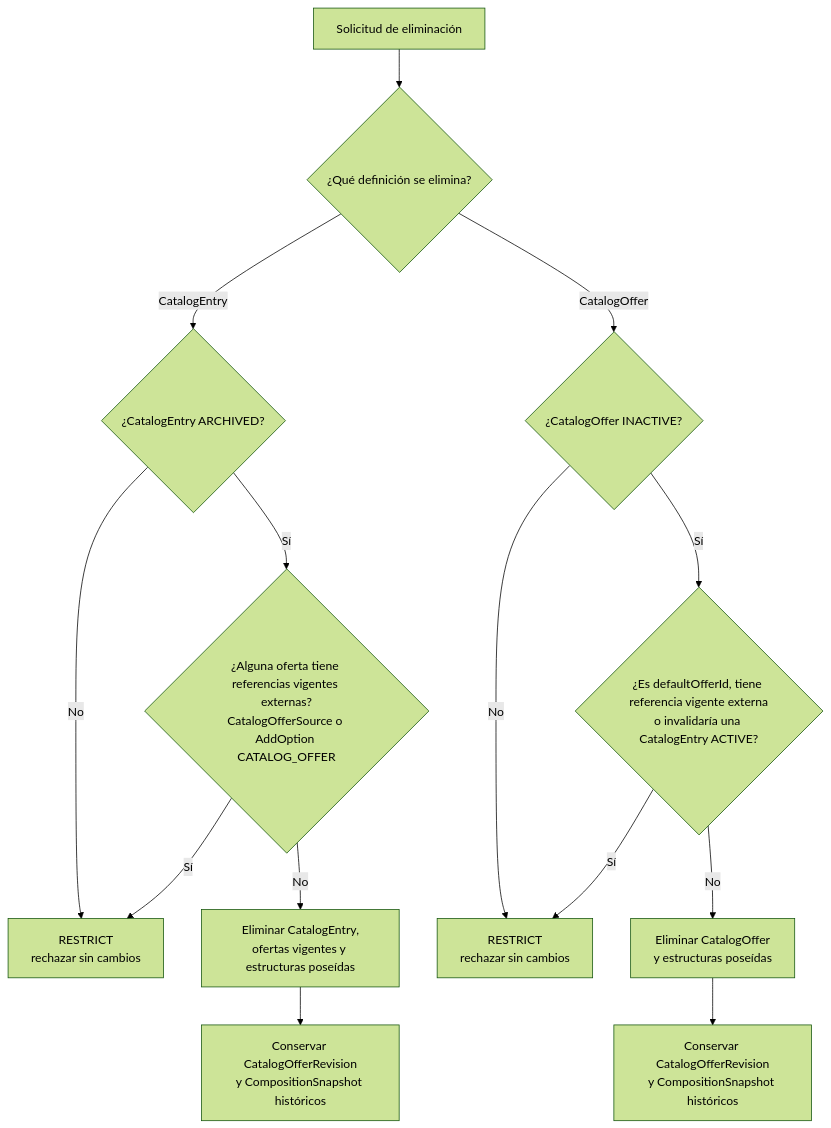
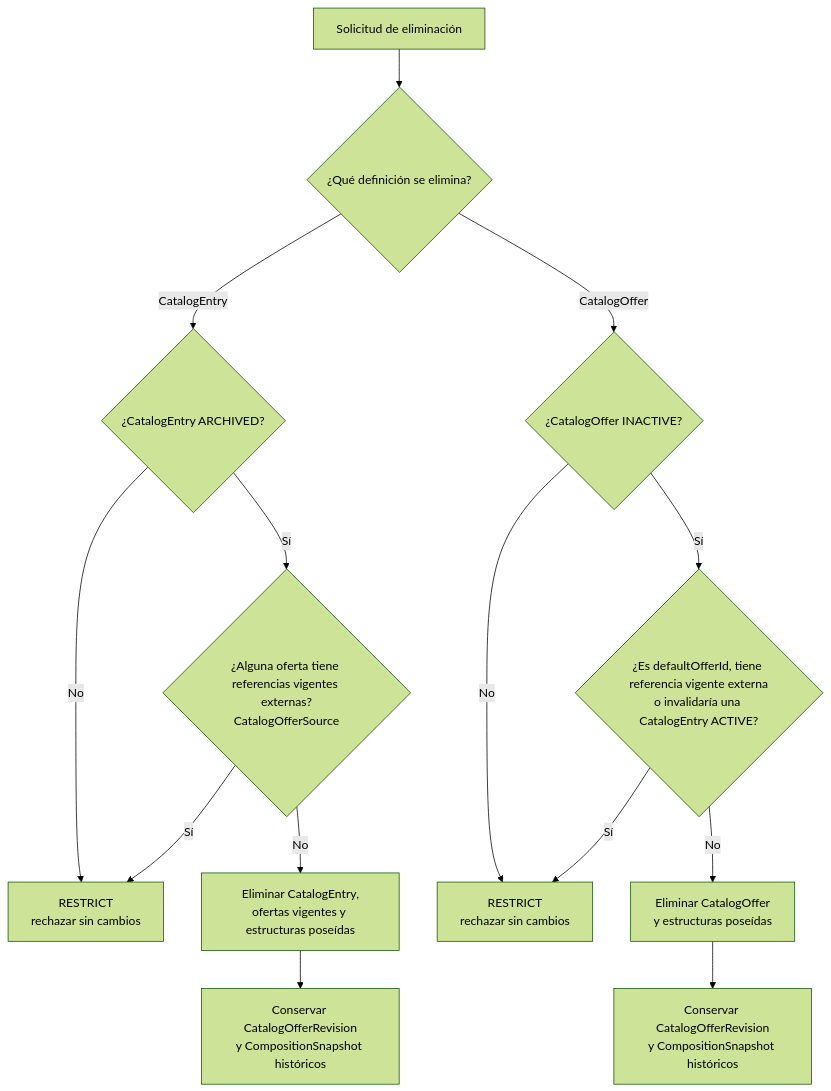
Before and after one commit to FMAT-Restaurant/Menu-Documentation: the second of 4 diagrams in docs/ers/architechture.md, drawn with Mermaid (forest theme). The commit also changed other lines of this file and 12 other files, not shown here.

````diff
--- a/docs/ers/architechture.md
+++ b/docs/ers/architechture.md
@@ -363,18 +238,18 @@
 ```mermaid
 flowchart TB
     Start["Solicitud de eliminación"] --> Kind{"¿Qué definición se elimina?"}
 
     Kind -->|CatalogEntry| EntryState{"¿CatalogEntry ARCHIVED?"}
     EntryState -->|No| RejectEntry["RESTRICT<br/>rechazar sin cambios"]
-    EntryState -->|Sí| EntryRefs{"¿Alguna oferta tiene referencias vigentes externas?<br/>CatalogOfferSource o AddOption CATALOG_OFFER"}
+    EntryState -->|Sí| EntryRefs{"¿Alguna oferta tiene referencias vigentes externas?<br/>CatalogOfferSource"}
     EntryRefs -->|Sí| RejectEntry
     EntryRefs -->|No| DeleteEntry["Eliminar CatalogEntry,<br/>ofertas vigentes y estructuras poseídas"]
     DeleteEntry --> EntryHistory["Conservar CatalogOfferRevision<br/>y CompositionSnapshot históricos"]
 
     Kind -->|CatalogOffer| OfferState{"¿CatalogOffer INACTIVE?"}
     OfferState -->|No| RejectOffer["RESTRICT<br/>rechazar sin cambios"]
     OfferState -->|Sí| OfferRefs{"¿Es defaultOfferId, tiene referencia vigente externa<br/>o invalidaría una CatalogEntry ACTIVE?"}
     OfferRefs -->|Sí| RejectOffer
     OfferRefs -->|No| DeleteOffer["Eliminar CatalogOffer<br/>y estructuras poseídas"]
     DeleteOffer --> OfferHistory["Conservar CatalogOfferRevision<br/>y CompositionSnapshot históricos"]
 ```
````
